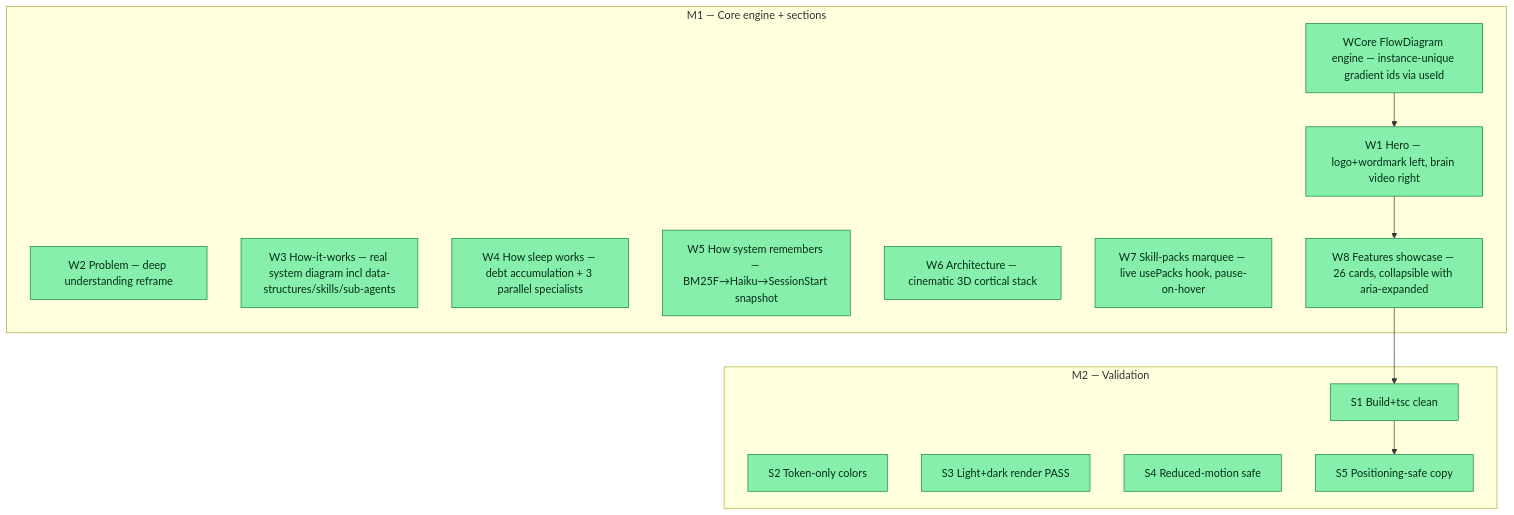
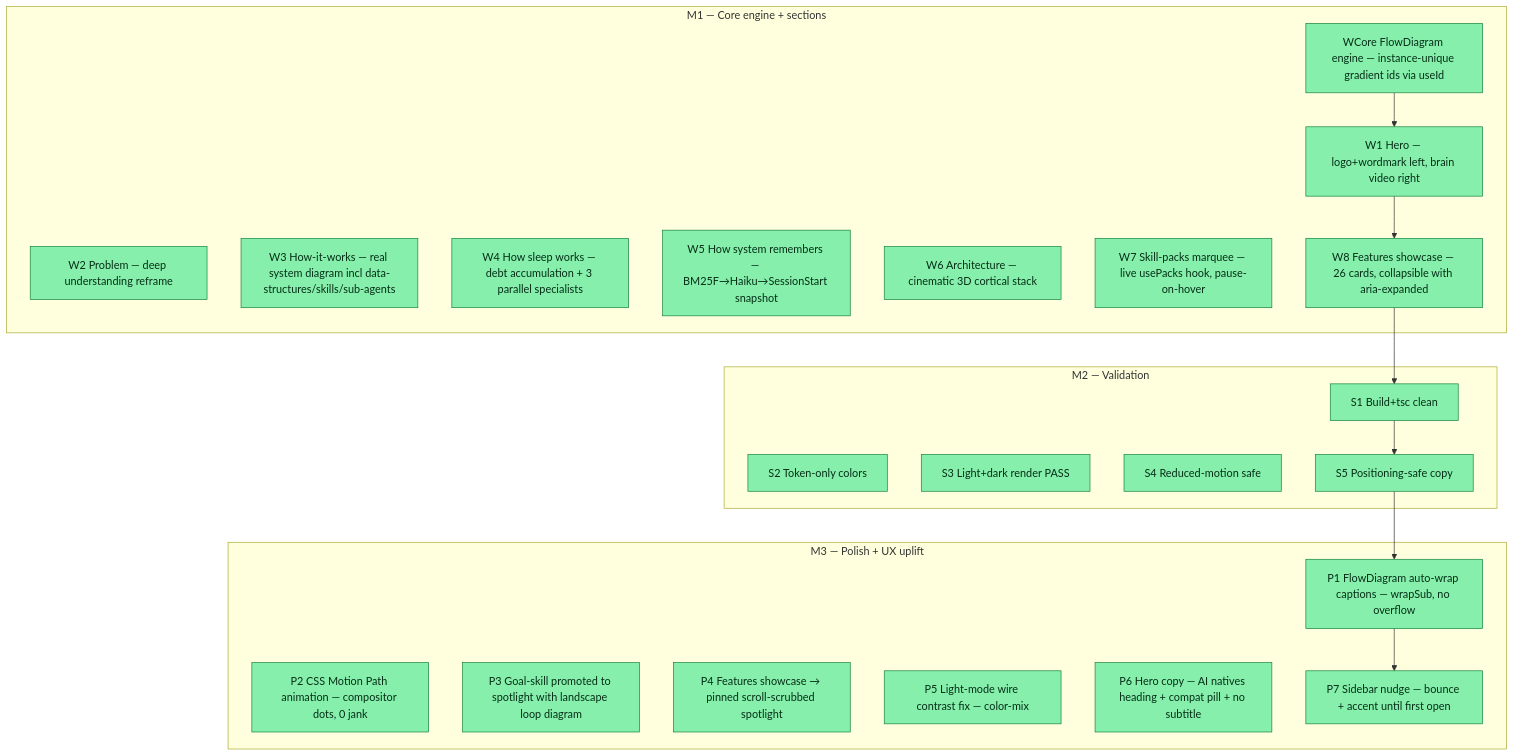
Before and after one commit to meanllbrl/dreamcontext: the diagram in _dream_context/state/landing-page-v2.md, drawn with Mermaid. The commit also changed other lines of this file and 6 other files, not shown here.

````diff
--- a/_dream_context/state/landing-page-v2.md
+++ b/_dream_context/state/landing-page-v2.md
@@ -25,27 +27,36 @@
 ```mermaid
 flowchart TD
   subgraph M1 ["M1 — Core engine + sections"]
     A1[WCore FlowDiagram engine — instance-unique gradient ids via useId]:::done
     A2[W1 Hero — logo+wordmark left, brain video right]:::done
     A3[W2 Problem — deep understanding reframe]:::done
     A4[W3 How-it-works — real system diagram incl data-structures/skills/sub-agents]:::done
     A5[W4 How sleep works — debt accumulation + 3 parallel specialists]:::done
     A6[W5 How system remembers — BM25F→Haiku→SessionStart snapshot]:::done
     A7[W6 Architecture — cinematic 3D cortical stack]:::done
     A8[W7 Skill-packs marquee — live usePacks hook, pause-on-hover]:::done
     A9[W8 Features showcase — 26 cards, collapsible with aria-expanded]:::done
   end
   subgraph M2 ["M2 — Validation"]
     B1[S1 Build+tsc clean]:::done
     B2[S2 Token-only colors]:::done
     B3[S3 Light+dark render PASS]:::done
     B4[S4 Reduced-motion safe]:::done
     B5[S5 Positioning-safe copy]:::done
   end
-  A1 --> A2 --> A9 --> B1 --> B5
+  subgraph M3 ["M3 — Polish + UX uplift"]
+    C1[P1 FlowDiagram auto-wrap captions — wrapSub, no overflow]:::done
+    C2[P2 CSS Motion Path animation — compositor dots, 0 jank]:::done
+    C3[P3 Goal-skill promoted to spotlight with landscape loop diagram]:::done
+    C4[P4 Features showcase → pinned scroll-scrubbed spotlight]:::done
+    C5[P5 Light-mode wire contrast fix — color-mix]:::done
+    C6[P6 Hero copy — AI natives heading + compat pill + no subtitle]:::done
+    C7[P7 Sidebar nudge — bounce + accent until first open]:::done
+  end
+  A1 --> A2 --> A9 --> B1 --> B5 --> C1 --> C7
 
   classDef done fill:#86efac,stroke:#15803d,color:#052e16
   classDef active fill:#fde68a,stroke:#b45309,color:#451a03
   classDef todo fill:#e5e7eb,stroke:#6b7280,color:#111827
   classDef blocked fill:#fecaca,stroke:#b91c1c,color:#450a0a
 ```
````
